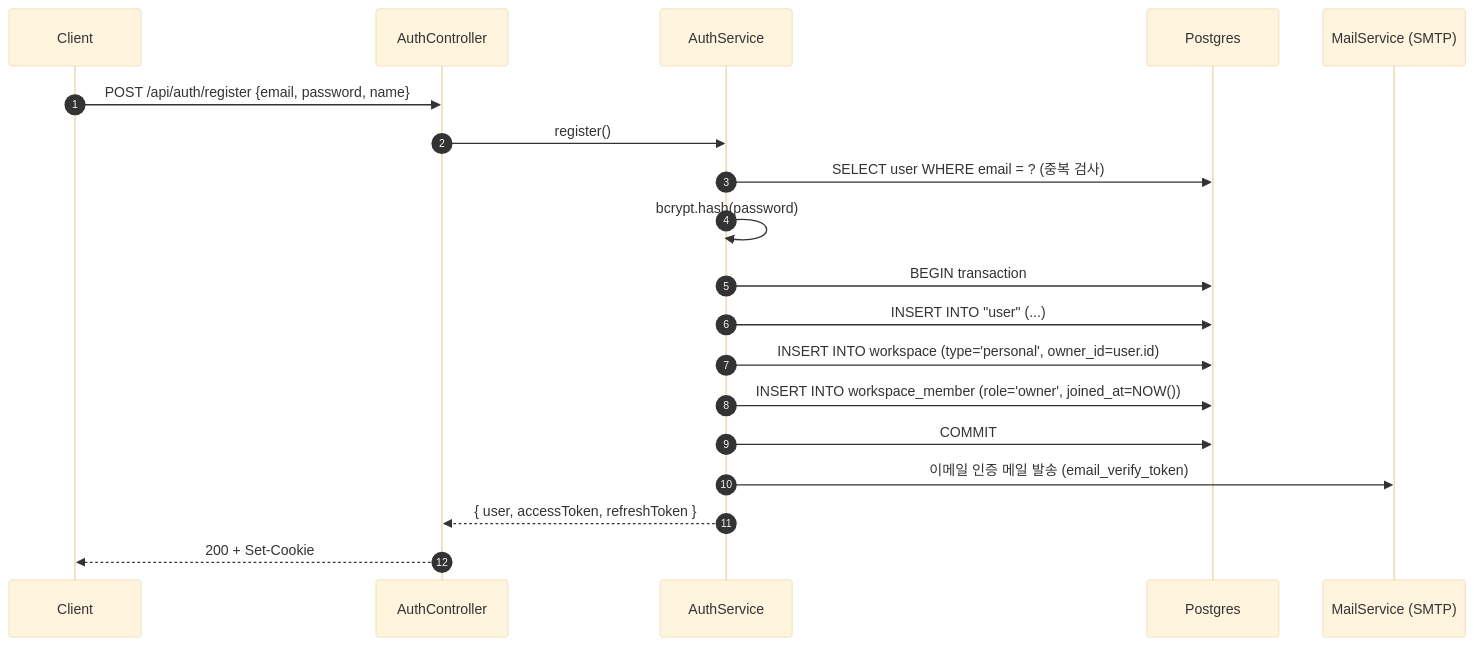
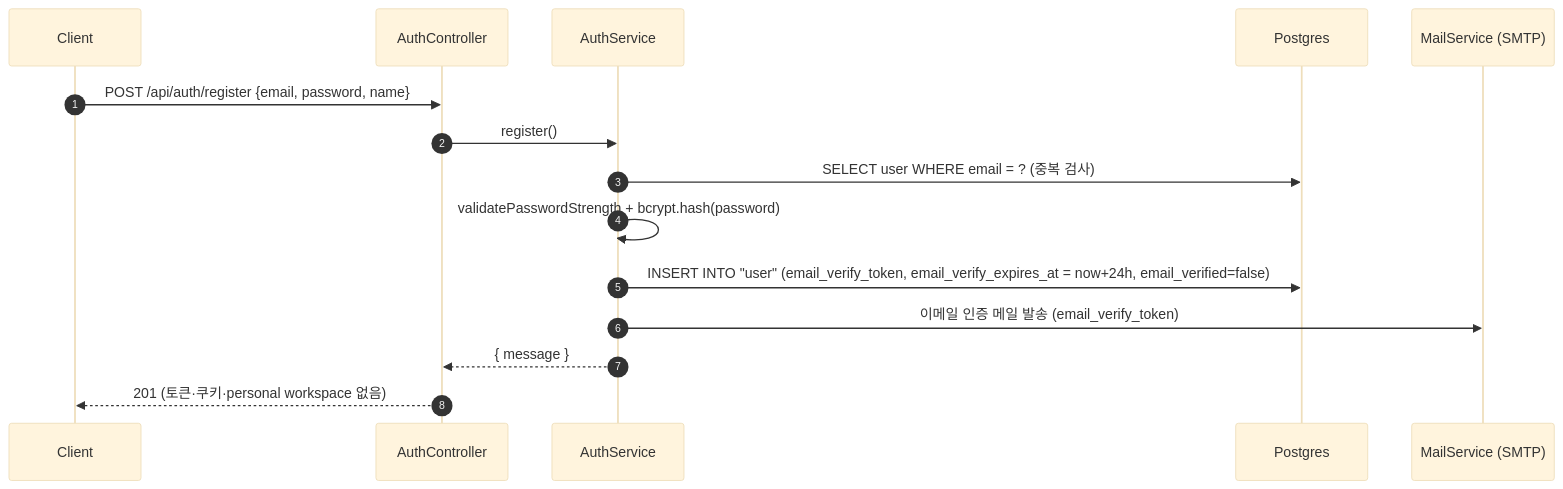
One commit to worker-ants/clemvion changed the first of 6 diagrams in spec/data-flow/2-auth.md. Above: the diagram before and after it, drawn with Mermaid (base theme). The commit also changed other lines of this file and 186 other files, not shown here.

````diff
--- a/spec/data-flow/2-auth.md
+++ b/spec/data-flow/2-auth.md
@@ -29,22 +29,18 @@
 ```mermaid
 sequenceDiagram
   autonumber
   participant C as Client
   participant Ctl as AuthController
   participant Svc as AuthService
   participant PG as Postgres
   participant Mail as MailService (SMTP)
 
   C->>Ctl: POST /api/auth/register {email, password, name}
   Ctl->>Svc: register()
   Svc->>PG: SELECT user WHERE email = ? (중복 검사)
-  Svc->>Svc: bcrypt.hash(password)
-  Svc->>PG: BEGIN transaction
-  Svc->>PG: INSERT INTO "user" (...)
-  Svc->>PG: INSERT INTO workspace (type='personal', owner_id=user.id)
-  Svc->>PG: INSERT INTO workspace_member (role='owner', joined_at=NOW())
-  Svc->>PG: COMMIT
+  Svc->>Svc: validatePasswordStrength + bcrypt.hash(password)
+  Svc->>PG: INSERT INTO "user" (email_verify_token, email_verify_expires_at = now+24h, email_verified=false)
   Svc->>Mail: 이메일 인증 메일 발송 (email_verify_token)
-  Svc-->>Ctl: { user, accessToken, refreshToken }
-  Ctl-->>C: 200 + Set-Cookie
+  Svc-->>Ctl: { message }
+  Ctl-->>C: 201 (토큰·쿠키·personal workspace 없음)
 ```
````
